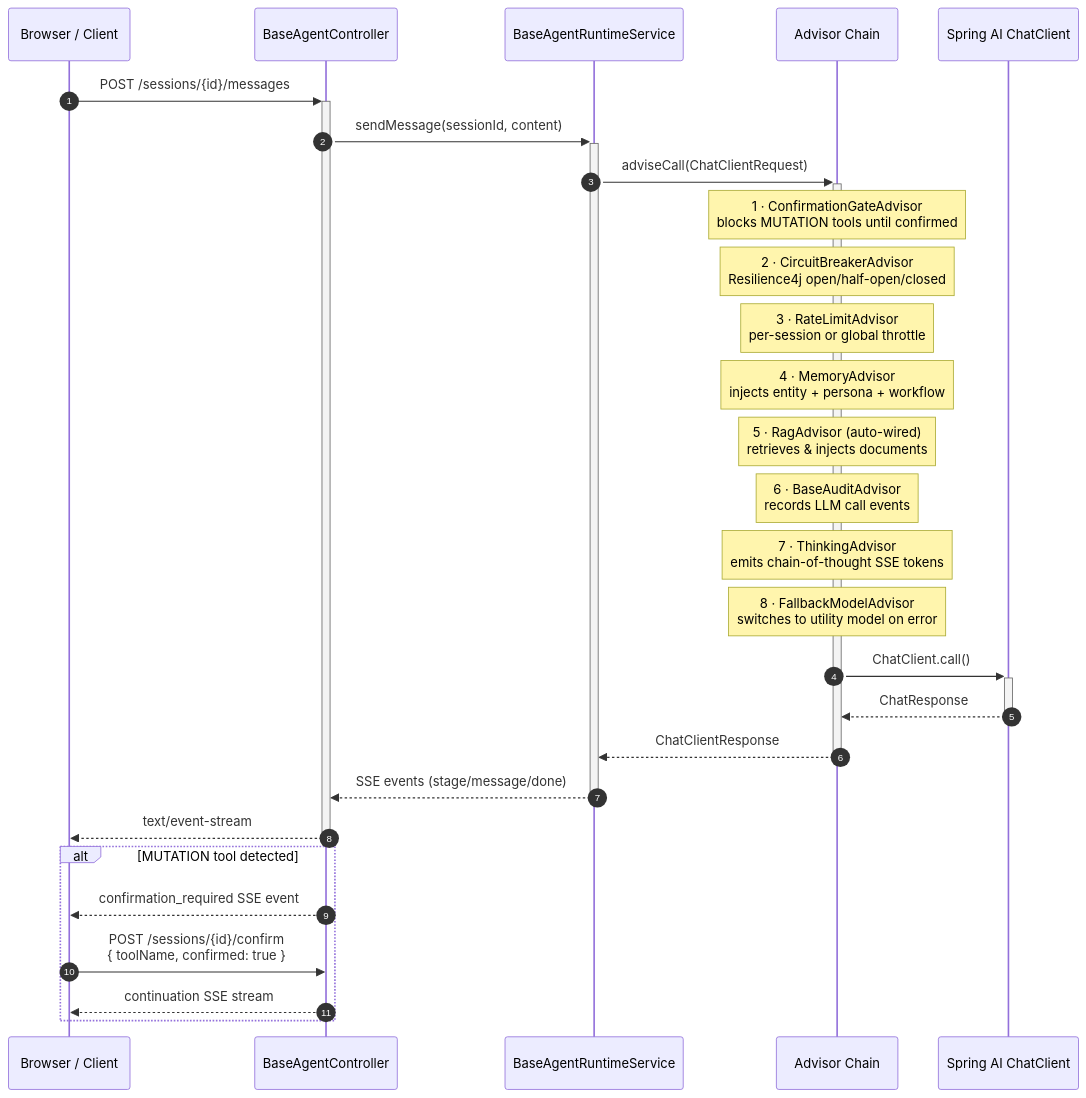
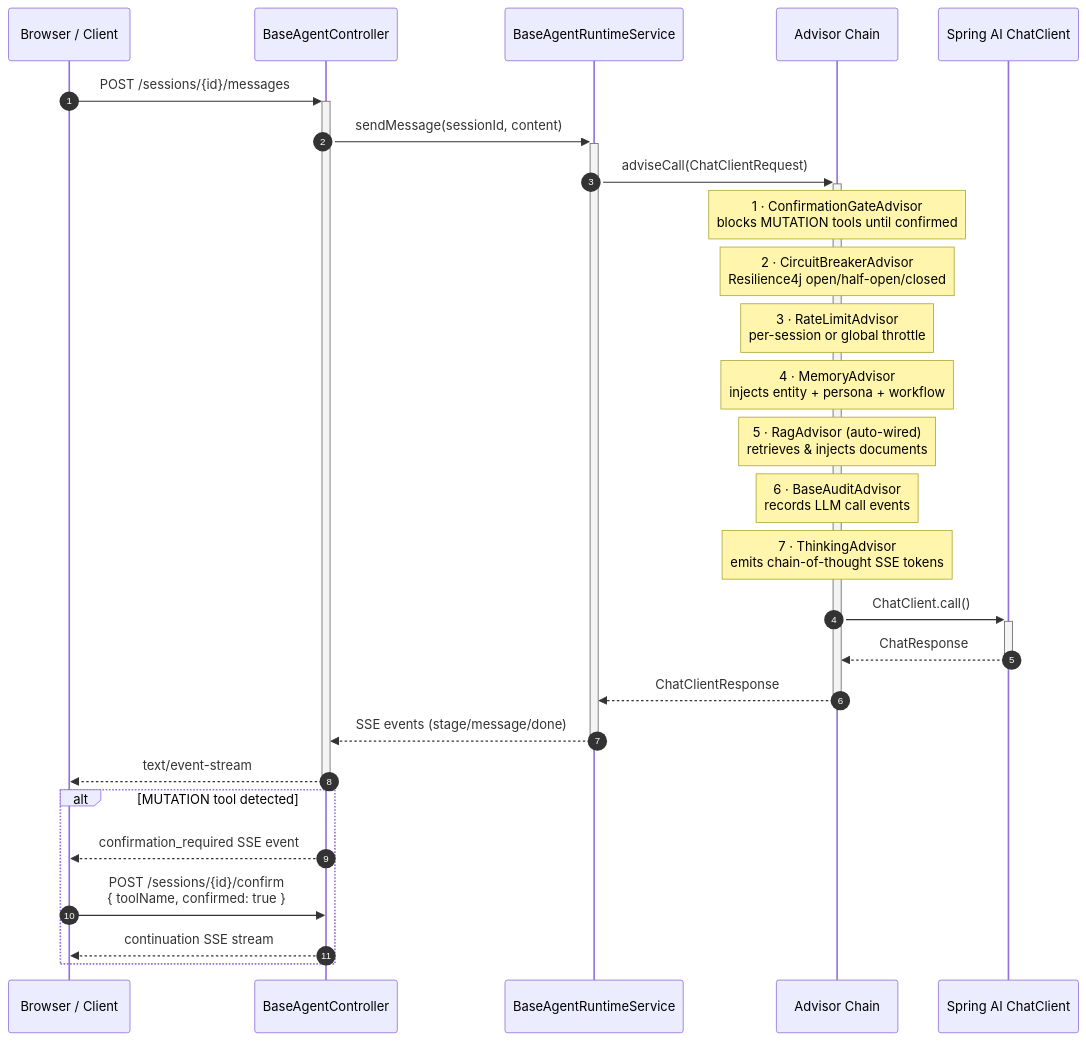
Before and after one commit to Shekharmaheswari85/Relay: the second of 2 diagrams in README.md, drawn with Mermaid. The commit also changed other lines of this file and 15 other files, not shown here.

````diff
--- a/README.md
+++ b/README.md
@@ -135,34 +135,33 @@
 ```mermaid
 sequenceDiagram
     autonumber
     participant UI as Browser / Client
     participant CTL as BaseAgentController
     participant SVC as BaseAgentRuntimeService
     participant ADV as Advisor Chain
     participant LLM as Spring AI ChatClient
 
     UI->>+CTL: POST /sessions/{id}/messages
     CTL->>+SVC: sendMessage(sessionId, content)
     SVC->>+ADV: adviseCall(ChatClientRequest)
 
     Note over ADV: 1 · ConfirmationGateAdvisor<br/>blocks MUTATION tools until confirmed
     Note over ADV: 2 · CircuitBreakerAdvisor<br/>Resilience4j open/half-open/closed
     Note over ADV: 3 · RateLimitAdvisor<br/>per-session or global throttle
     Note over ADV: 4 · MemoryAdvisor<br/>injects entity + persona + workflow
     Note over ADV: 5 · RagAdvisor (auto-wired)<br/>retrieves & injects documents
     Note over ADV: 6 · BaseAuditAdvisor<br/>records LLM call events
     Note over ADV: 7 · ThinkingAdvisor<br/>emits chain-of-thought SSE tokens
-    Note over ADV: 8 · FallbackModelAdvisor<br/>switches to utility model on error
 
     ADV->>+LLM: ChatClient.call()
     LLM-->>-ADV: ChatResponse
     ADV-->>-SVC: ChatClientResponse
     SVC-->>-CTL: SSE events (stage/message/done)
     CTL-->>-UI: text/event-stream
 
     alt MUTATION tool detected
         CTL-->>UI: confirmation_required SSE event
         UI->>CTL: POST /sessions/{id}/confirm<br/>{ toolName, confirmed: true }
         CTL-->>UI: continuation SSE stream
     end
 ```
````
